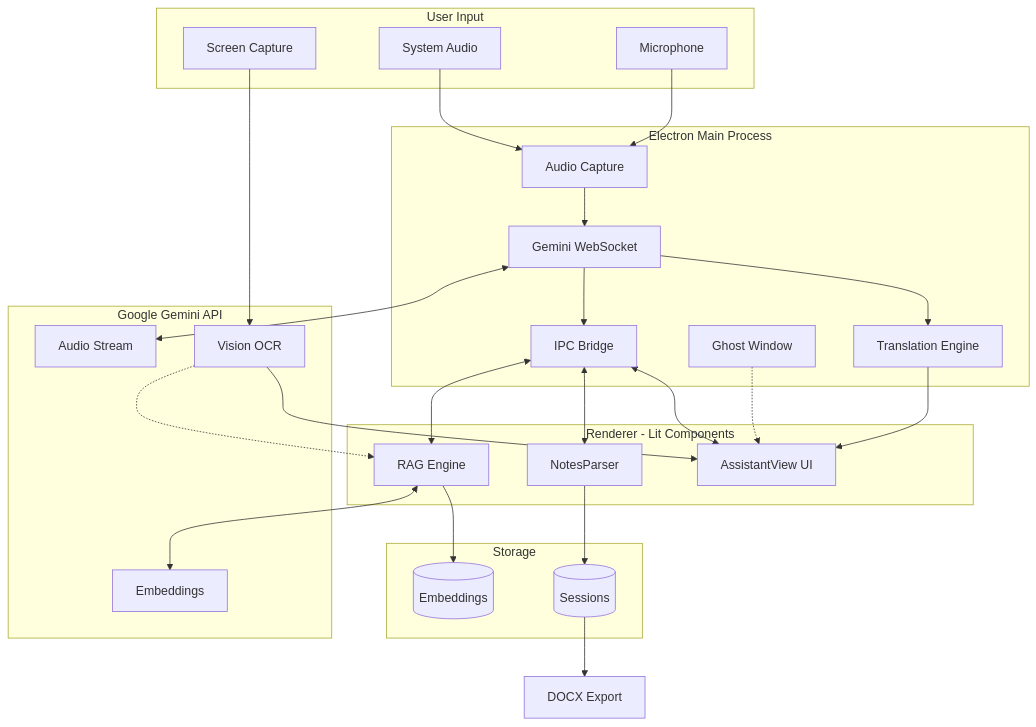
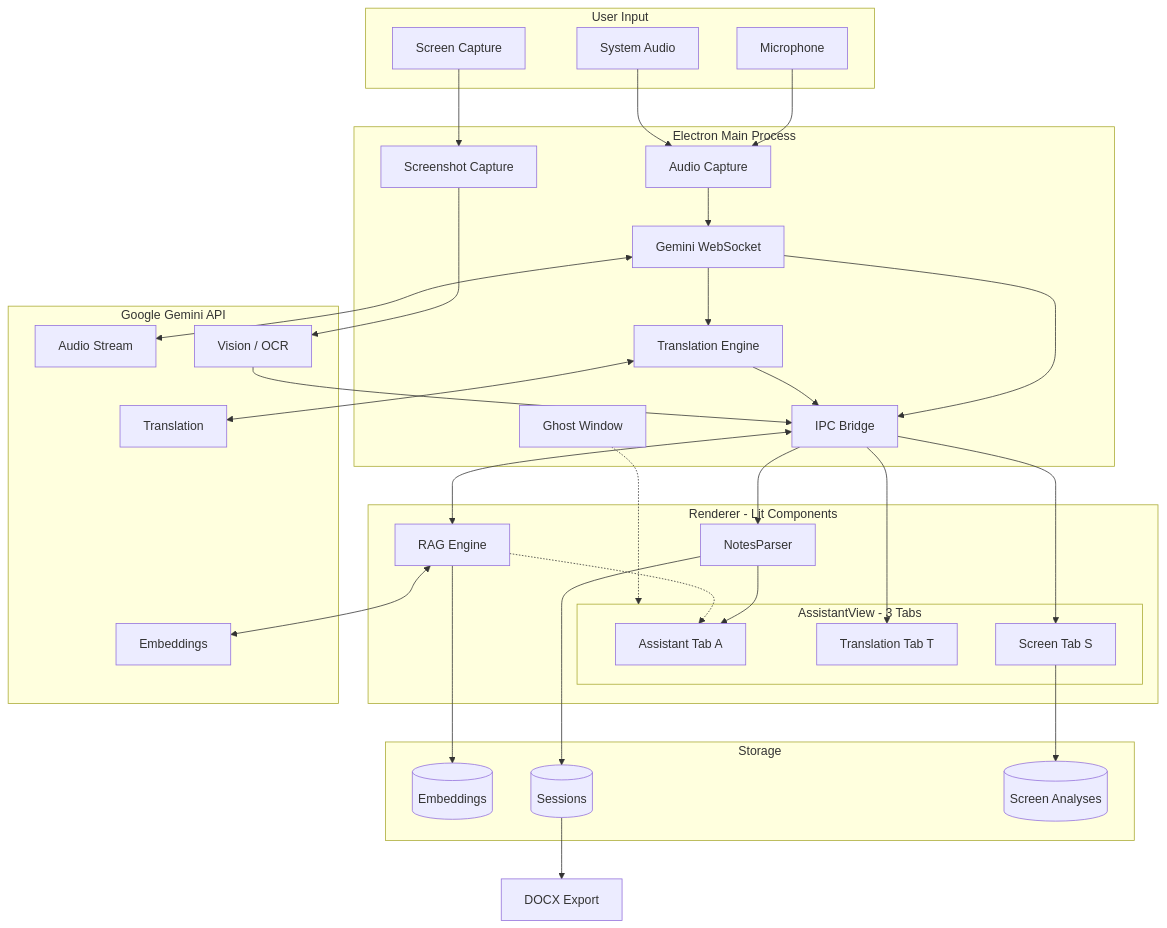
Before and after one commit to harsh194/assistant: the diagram in arch-final.mmd, drawn with Mermaid. The commit also changed 8 other files, not shown here.

```diff
--- a/arch-final.mmd
+++ b/arch-final.mmd
@@ -1,52 +1,67 @@
 flowchart TB
     subgraph Input[User Input]
         MIC[Microphone]
         SYS[System Audio]
         SCREEN[Screen Capture]
     end
-    
+
     subgraph Electron[Electron Main Process]
         GW[Ghost Window]
         AC[Audio Capture]
+        SC[Screenshot Capture]
         WS[Gemini WebSocket]
         TRANS[Translation Engine]
         IPC[IPC Bridge]
     end
-    
+
     subgraph Lit[Renderer - Lit Components]
         NP[NotesParser]
         RAG[RAG Engine]
-        UI[AssistantView UI]
+        subgraph Tabs[AssistantView - 3 Tabs]
+            TAB_A[Assistant Tab A]
+            TAB_T[Translation Tab T]
+            TAB_S[Screen Tab S]
+        end
     end
-    
+
     subgraph Data[Storage]
         EMB[(Embeddings)]
         SESS[(Sessions)]
+        SA[(Screen Analyses)]
     end
-    
+
     subgraph API[Google Gemini API]
         AUDIO[Audio Stream]
         EMBED[Embeddings]
-        OCR[Vision OCR]
+        OCR[Vision / OCR]
+        TRANSL[Translation]
     end
 
     MIC --> AC
     SYS --> AC
     AC --> WS
     WS <--> AUDIO
+    WS --> IPC
+    IPC --> NP
+    NP --> TAB_A
+
+    SCREEN --> SC
+    SC --> OCR
+    OCR --> IPC
+    IPC --> TAB_S
+    TAB_S --> SA
+
     WS --> TRANS
-    TRANS --> UI
-    SCREEN --> OCR
-    OCR --> UI
+    TRANS <--> TRANSL
+    TRANS --> IPC
+    IPC --> TAB_T
+
     RAG <--> EMBED
     RAG --> EMB
-    OCR -.-> RAG
-    
-    GW -.-> UI
-    IPC <--> NP
+    RAG -.-> TAB_A
+
+    GW -.-> Tabs
     IPC <--> RAG
-    IPC <--> UI
-    WS --> IPC
-    
+
     NP --> SESS
     SESS --> DOCX[DOCX Export]
```
